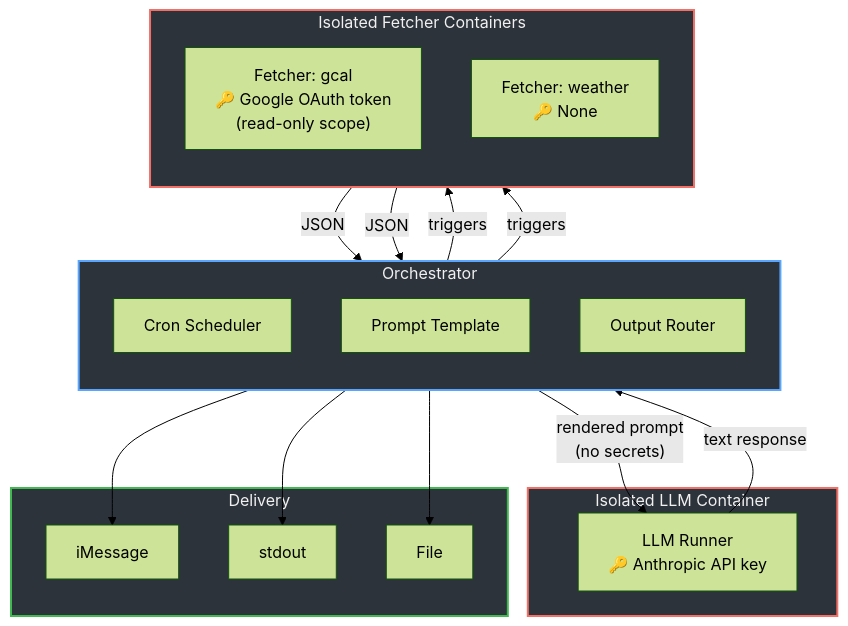
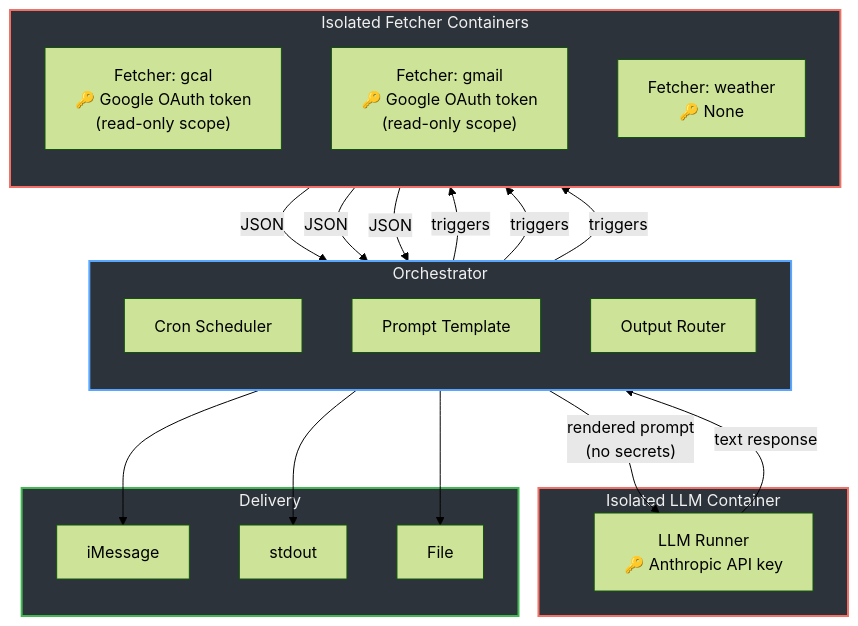
One commit to Creel-ai/creel changed the diagram in README.md. Above: the diagram before and after it, drawn with Mermaid (forest theme). The commit also changed other lines of this file and 11 other files, not shown here.

First line of the commit message:
Add Gmail fetcher, generalize Google OAuth setup, add pyenv+uv dev workflow

````diff
--- a/README.md
+++ b/README.md
@@ -20,40 +21,43 @@
 ```mermaid
 flowchart TD
     subgraph orch["Orchestrator"]
         direction TB
         schedule["Cron Scheduler"]
         template["Prompt Template"]
         output["Output Router"]
     end
 
     subgraph fetchers["Isolated Fetcher Containers"]
         direction TB
         gcal["Fetcher: gcal\n🔑 Google OAuth token\n(read-only scope)"]
+        gmail["Fetcher: gmail\n🔑 Google OAuth token\n(read-only scope)"]
         weather["Fetcher: weather\n🔑 None"]
     end
 
     subgraph llm_container["Isolated LLM Container"]
         llm["LLM Runner\n🔑 Anthropic API key"]
     end
 
     subgraph outputs["Delivery"]
         imsg["iMessage"]
         stdout["stdout"]
         file["File"]
     end
 
     schedule -- "triggers" --> gcal
+    schedule -- "triggers" --> gmail
     schedule -- "triggers" --> weather
     gcal -- "JSON" --> template
+    gmail -- "JSON" --> template
     weather -- "JSON" --> template
     template -- "rendered prompt\n(no secrets)" --> llm
     llm -- "text response" --> output
     output --> imsg
     output --> stdout
     output --> file
 
     style fetchers fill:#2d333b,stroke:#f47067,stroke-width:2px,color:#f0f0f0
     style llm_container fill:#2d333b,stroke:#f47067,stroke-width:2px,color:#f0f0f0
     style orch fill:#2d333b,stroke:#58a6ff,stroke-width:2px,color:#f0f0f0
     style outputs fill:#2d333b,stroke:#3fb950,stroke-width:2px,color:#f0f0f0
 ```
````
